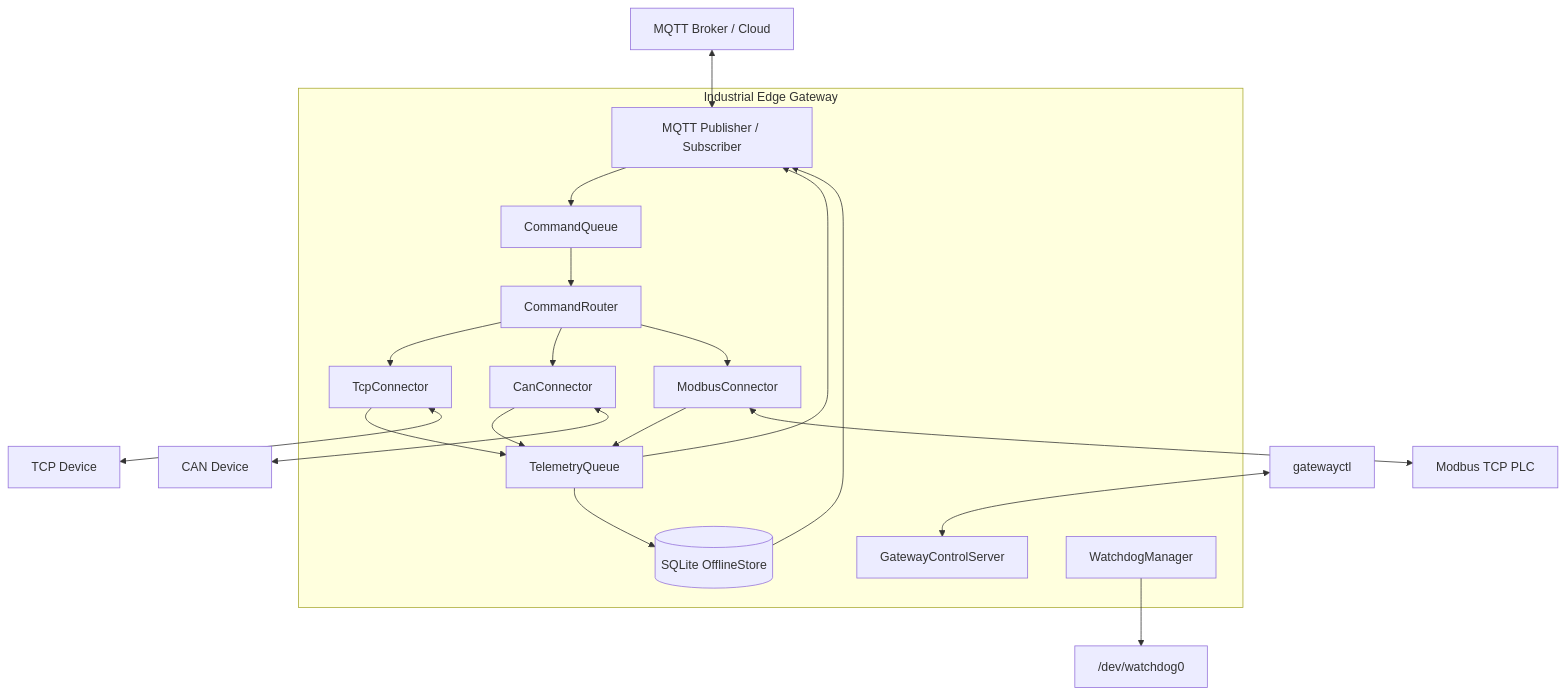
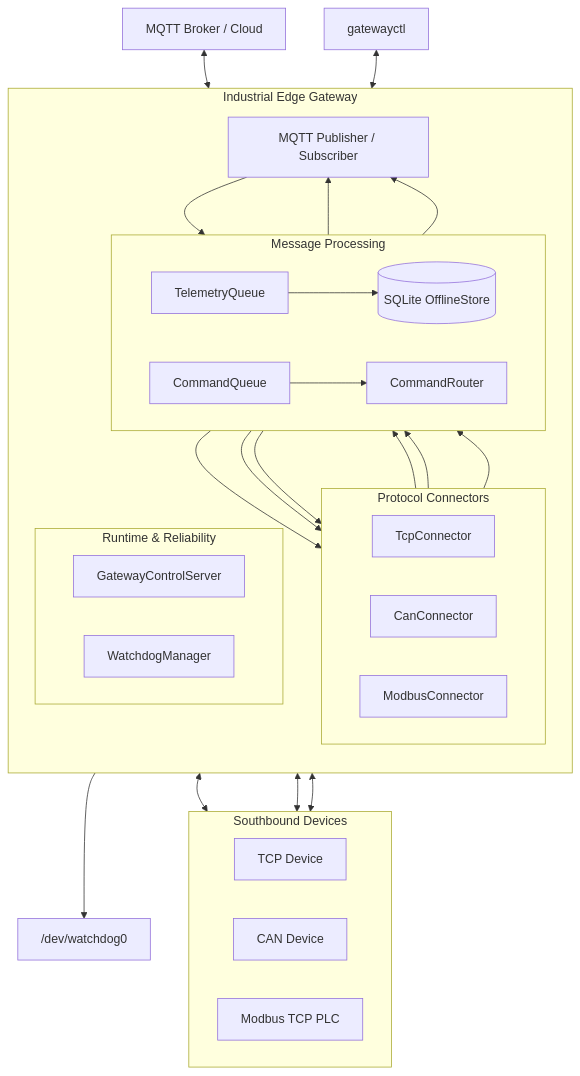
The first of 2 diagrams in README.md (YIMOUSHUI/industrial-edge-gateway), drawn with Mermaid before and after one commit.

Commit message:
docs: improve architecture diagram layout

````diff
--- a/README.md
+++ b/README.md
@@ -25,39 +25,62 @@
 ```mermaid
 flowchart TB
     Cloud["MQTT Broker / Cloud"]
 
     subgraph Gateway["Industrial Edge Gateway"]
+        direction TB
+
         MQTT["MQTT Publisher / Subscriber"]
-        TQ["TelemetryQueue"]
-        CQ["CommandQueue"]
-        Router["CommandRouter"]
-        DB[("SQLite OfflineStore")]
-        CTRL["GatewayControlServer"]
-        WD["WatchdogManager"]
 
-        TCP["TcpConnector"]
-        CAN["CanConnector"]
-        MODBUS["ModbusConnector"]
+        subgraph Pipeline["Message Processing"]
+            direction LR
+            TQ["TelemetryQueue"]
+            CQ["CommandQueue"]
+            Router["CommandRouter"]
+            DB[("SQLite OfflineStore")]
+        end
+
+        subgraph Connectors["Protocol Connectors"]
+            direction LR
+            TCP["TcpConnector"]
+            CAN["CanConnector"]
+            MODBUS["ModbusConnector"]
+        end
+
+        subgraph Runtime["Runtime & Reliability"]
+            direction LR
+            CTRL["GatewayControlServer"]
+            WD["WatchdogManager"]
+        end
 
         TCP --> TQ
         CAN --> TQ
         MODBUS --> TQ
 
         TQ --> MQTT
         TQ --> DB
         DB --> MQTT
 
         MQTT --> CQ
         CQ --> Router
+
         Router --> TCP
         Router --> CAN
         Router --> MODBUS
     end
 
     Cloud <--> MQTT
-    TCP <--> TCPDEV["TCP Device"]
-    CAN <--> CANDEV["CAN Device"]
-    MODBUS <--> PLC["Modbus TCP PLC"]
+
+    subgraph Devices["Southbound Devices"]
+        direction LR
+        TCPDEV["TCP Device"]
+        CANDEV["CAN Device"]
+        PLC["Modbus TCP PLC"]
+    end
+
+    TCP <--> TCPDEV
+    CAN <--> CANDEV
+    MODBUS <--> PLC
+
     CLI["gatewayctl"] <--> CTRL
     WD --> HW["/dev/watchdog0"]
 ```
````
